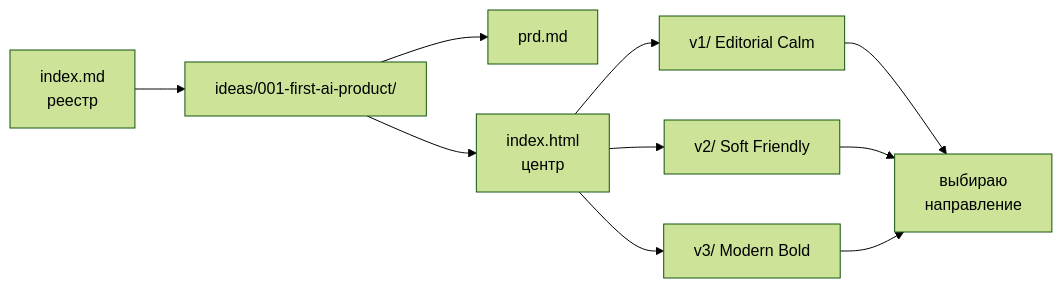
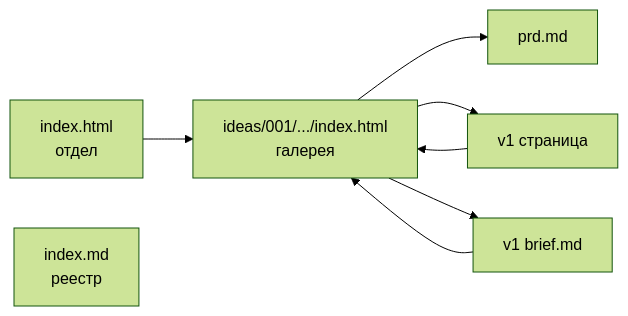
One commit to serejaris/x26-ideas changed the diagram in README.md. Above: the diagram before and after it, drawn with Mermaid (forest theme). The commit also changed other lines of this file and 16 other files, not shown here.

First line of the commit message:
Навигация HTML, корневой index.html и подготовка GitHub Pages

````diff
--- a/README.md
+++ b/README.md
@@ -21,12 +22,11 @@
 ```mermaid
 flowchart LR
-    R[index.md<br/>реестр] --> I1[ideas/001-first-ai-product/]
+    root[index.html<br/>отдел]
+    R[index.md<br/>реестр]
+    root --> I1[ideas/001/.../index.html<br/>галерея]
     I1 --> PRD[prd.md]
-    I1 --> C[index.html<br/>центр]
-    C --> V1[v1/ Editorial Calm]
-    C --> V2[v2/ Soft Friendly]
-    C --> V3[v3/ Modern Bold]
-    V1 --> P[выбираю<br/>направление]
-    V2 --> P
-    V3 --> P
+    I1 --> V1[v1 страница]
+    I1 --> B1[v1 brief.md]
+    V1 --> I1
+    B1 --> I1
 ```
````
